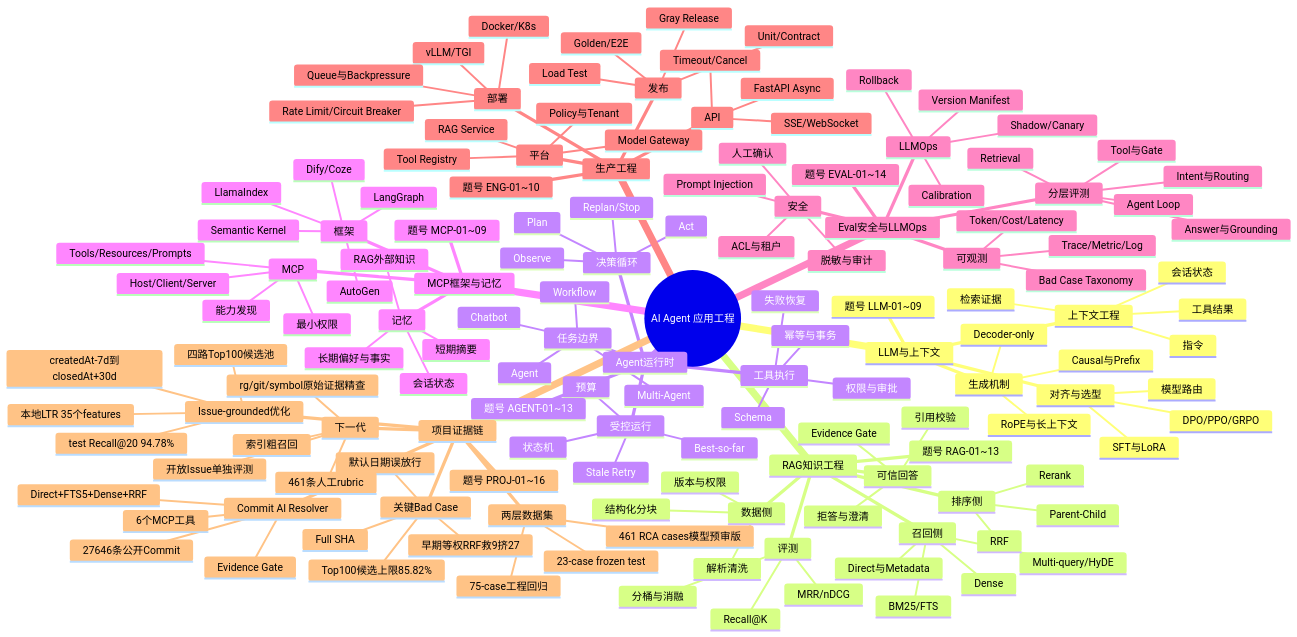
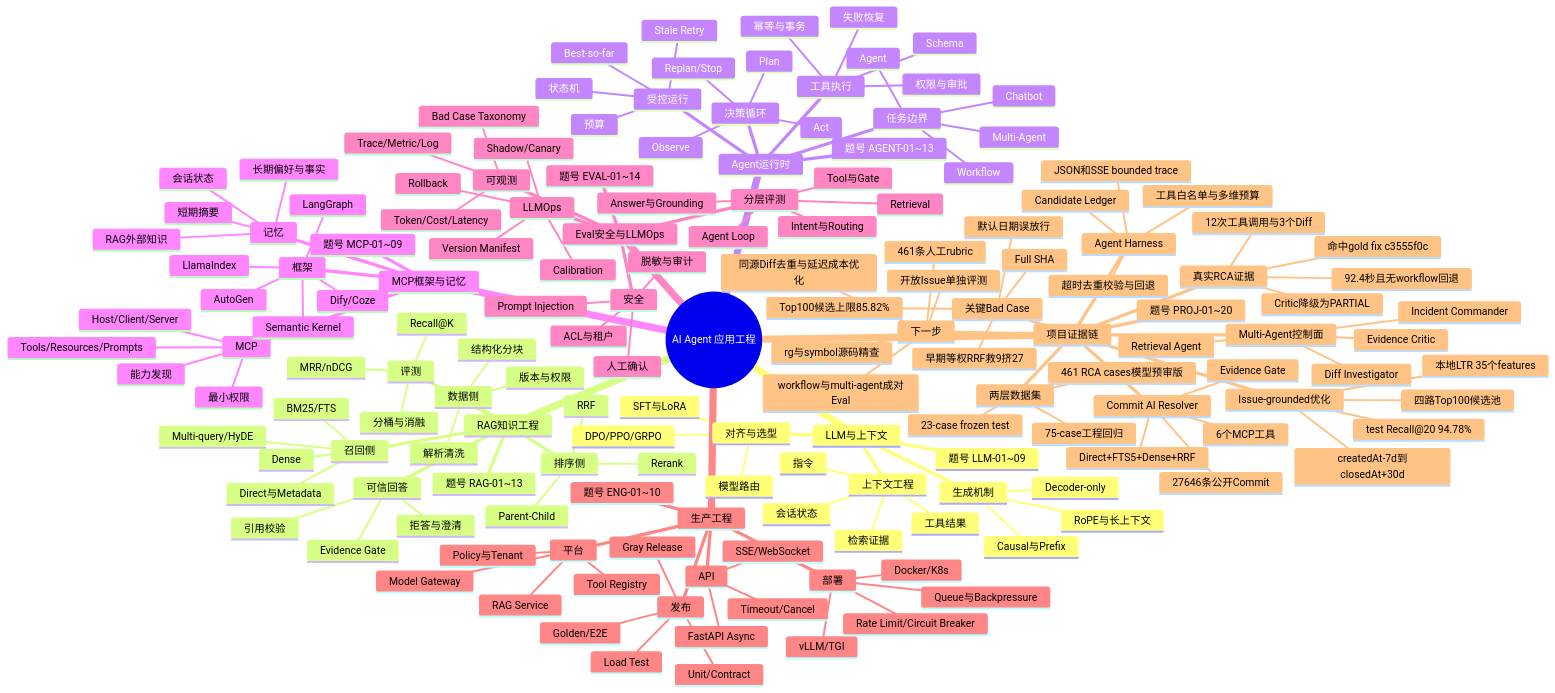
One commit to 4g0Ni/job-final changed the first of 2 diagrams in AI知识地图/AI-Agent知识思维导图.md. Above: the diagram before and after it, drawn with Mermaid. The commit also changed 24 other files, not shown here.

````diff
--- a/AI知识地图/AI-Agent知识思维导图.md
+++ b/AI知识地图/AI-Agent知识思维导图.md
@@ -134,6 +134,16 @@
         Direct+FTS5+Dense+RRF
         Evidence Gate
         6个MCP工具
+      Multi-Agent控制面
+        Incident Commander
+        Retrieval Agent
+        Diff Investigator
+        Evidence Critic
+      Agent Harness
+        Candidate Ledger
+        工具白名单与多维预算
+        超时去重校验与回退
+        JSON和SSE bounded trace
       两层数据集
         75-case工程回归
         23-case frozen test
@@ -148,10 +158,16 @@
         四路Top100候选池
         本地LTR 35个features
         test Recall@20 94.78%
-      下一代
+      真实RCA证据
+        命中gold fix c3555f0c
+        12次工具调用与3个Diff
+        Critic降级为PARTIAL
+        92.4秒且无workflow回退
+      下一步
         461条人工rubric
         开放Issue单独评测
-        索引粗召回
-        rg/git/symbol原始证据精查
-      题号 PROJ-01~16
+        workflow与multi-agent成对Eval
+        同源Diff去重与延迟成本优化
+        rg与symbol源码精查
+      题号 PROJ-01~20
 ```
````
